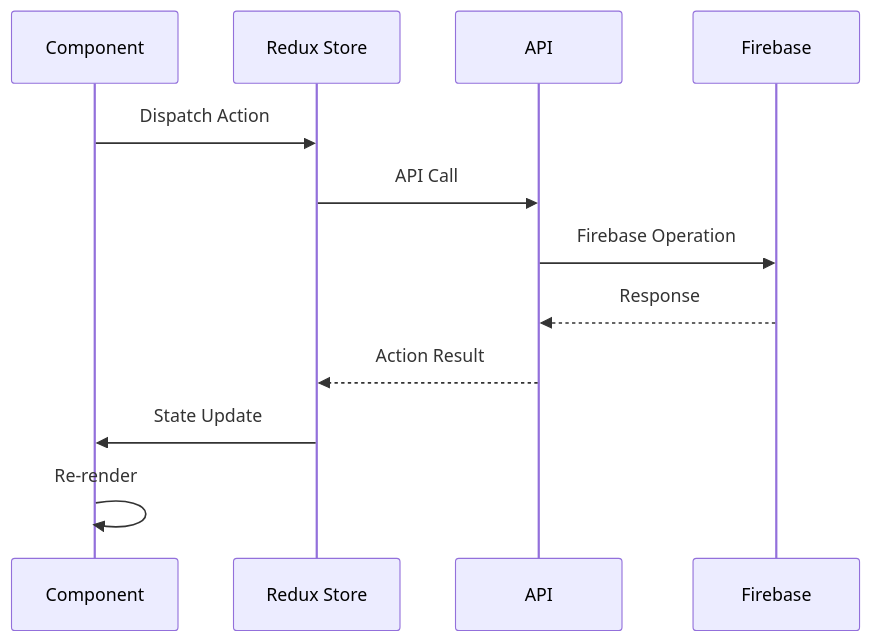
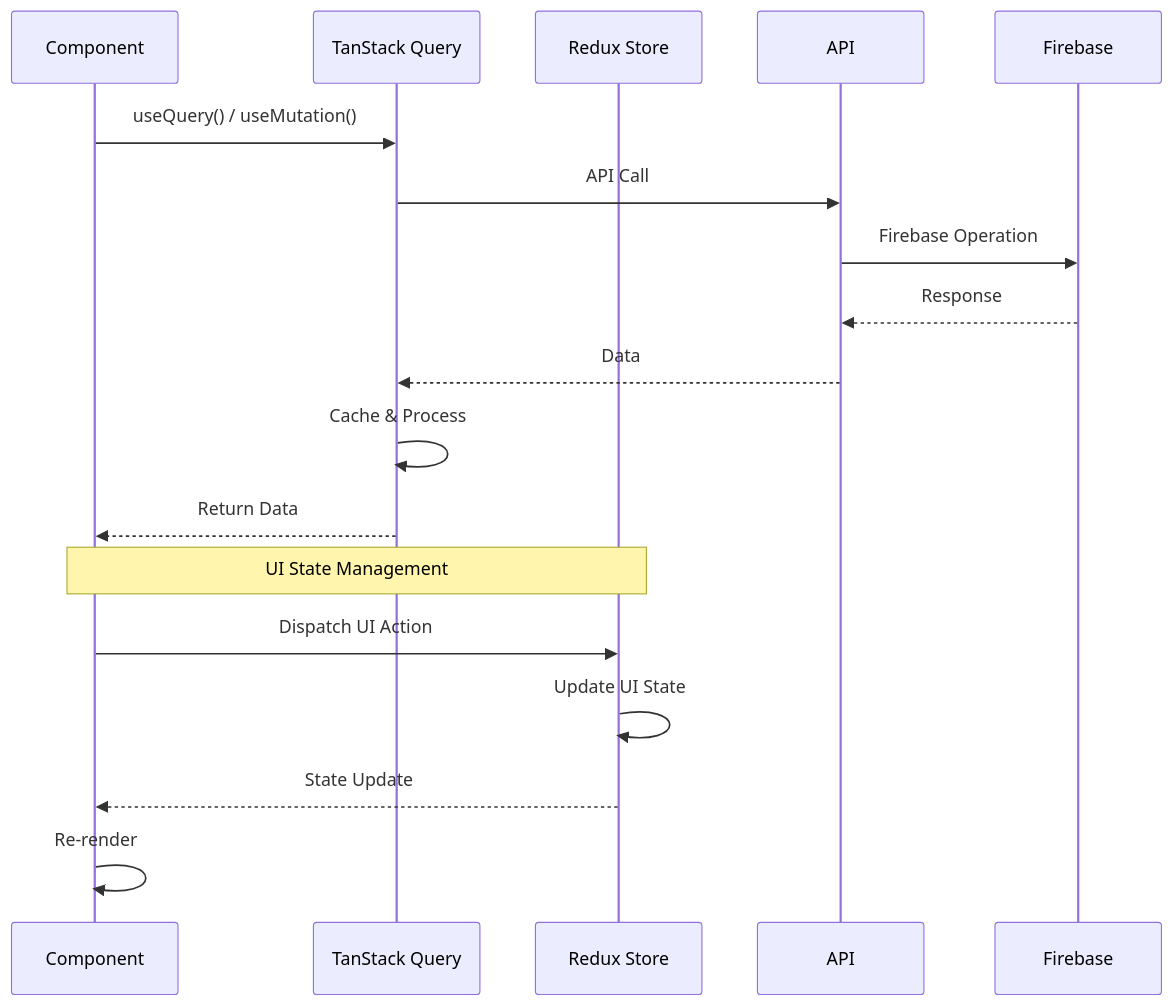
The second of 4 diagrams in docs/architecture/system-overview.md (Arvss07/taravel-admin-docs-official), drawn with Mermaid before and after one commit. The commit also changed other lines of this file and 16 other files, not shown here.

````diff
--- a/docs/architecture/system-overview.md
+++ b/docs/architecture/system-overview.md
@@ -93,15 +122,22 @@
 ```mermaid
 sequenceDiagram
     participant C as Component
+    participant TQ as TanStack Query
     participant R as Redux Store
     participant A as API
     participant F as Firebase
     
-    C->>R: Dispatch Action
-    R->>A: API Call
+    C->>TQ: useQuery() / useMutation()
+    TQ->>A: API Call
     A->>F: Firebase Operation
     F-->>A: Response
-    A-->>R: Action Result
-    R->>C: State Update
+    A-->>TQ: Data
+    TQ->>TQ: Cache & Process
+    TQ-->>C: Return Data
+    
+    Note over C,R: UI State Management
+    C->>R: Dispatch UI Action
+    R->>R: Update UI State
+    R-->>C: State Update
     C->>C: Re-render
 ```
````
